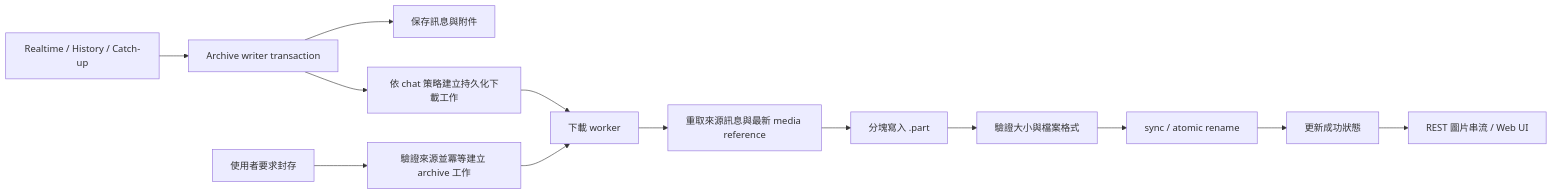
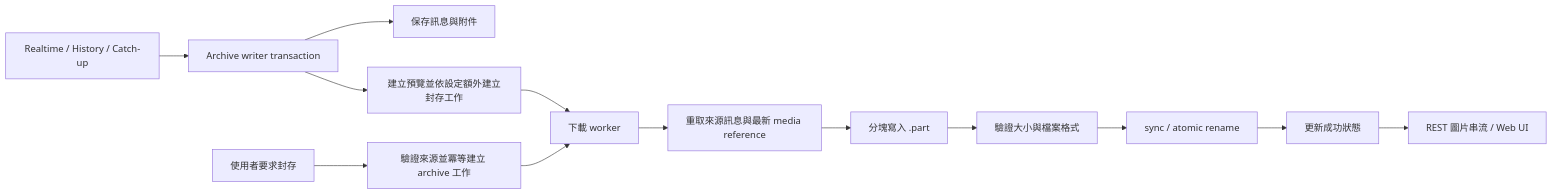
One commit to Swind/rust-tgarchive changed the diagram in telegram_media_download_design.md. Above: the diagram before and after it, drawn with Mermaid. The commit also changed other lines of this file and 5 other files, not shown here.

````diff
--- a/telegram_media_download_design.md
+++ b/telegram_media_download_design.md
@@ -44,15 +45,15 @@
 ```mermaid
 flowchart LR
     A[Realtime / History / Catch-up] --> B[Archive writer transaction]
     B --> C[保存訊息與附件]
-    B --> D[依 chat 策略建立持久化下載工作]
+    B --> D[建立預覽並依設定額外建立封存工作]
     U[使用者要求封存] --> P[驗證來源並冪等建立 archive 工作]
     P --> E[下載 worker]
     D --> E[下載 worker]
     E --> F[重取來源訊息與最新 media reference]
     F --> G[分塊寫入 .part]
     G --> H[驗證大小與檔案格式]
     H --> I[sync / atomic rename]
     I --> J[更新成功狀態]
     J --> K[REST 圖片串流 / Web UI]
 ```
````
